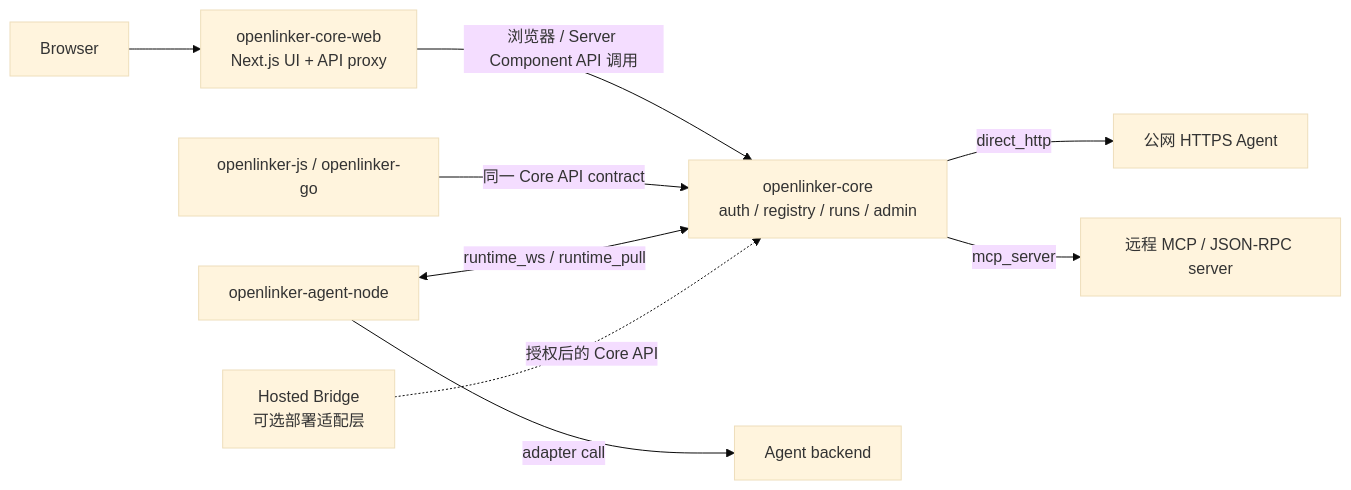
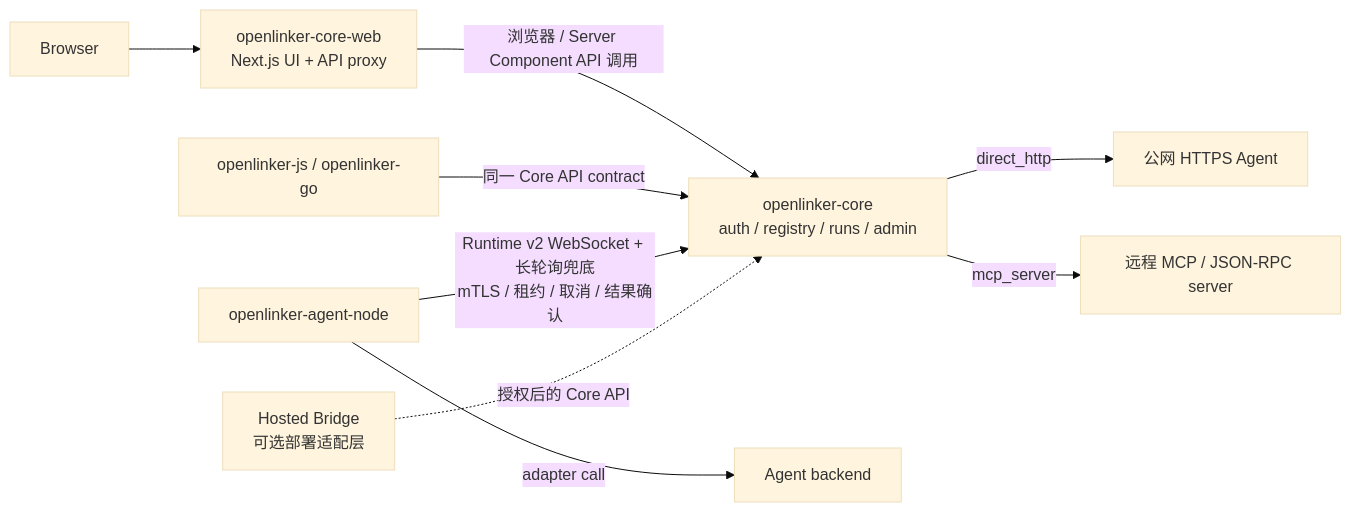
One commit to OpenLinker-ai/openlinker-core-web changed the diagram in README.zh-CN.md. Above: the diagram before and after it, drawn with Mermaid (base theme). The commit also changed 30 other files, not shown here.

````diff
--- a/README.zh-CN.md
+++ b/README.zh-CN.md
@@ -54,14 +54,14 @@
 ```mermaid
 flowchart LR
   Browser["Browser"] --> CoreWeb["openlinker-core-web<br/>Next.js UI + API proxy"]
   CoreWeb -->|"浏览器 / Server Component API 调用"| Core["openlinker-core<br/>auth / registry / runs / admin"]
 
   SDKs["openlinker-js / openlinker-go"] -->|"同一 Core API contract"| Core
-  AgentNode["openlinker-agent-node"] <-->|"runtime_ws / runtime_pull"| Core
+  AgentNode["openlinker-agent-node"] -->|"Runtime v2 WebSocket + 长轮询兜底<br/>mTLS / 租约 / 取消 / 结果确认"| Core
 
   Core -->|"direct_http"| HTTPAgent["公网 HTTPS Agent"]
   Core -->|"mcp_server"| MCPAgent["远程 MCP / JSON-RPC server"]
   AgentNode -->|"adapter call"| Backend["Agent backend"]
 
   HostedBridge["Hosted Bridge<br/>可选部署适配层"] -.->|"授权后的 Core API"| Core
 ```
````
